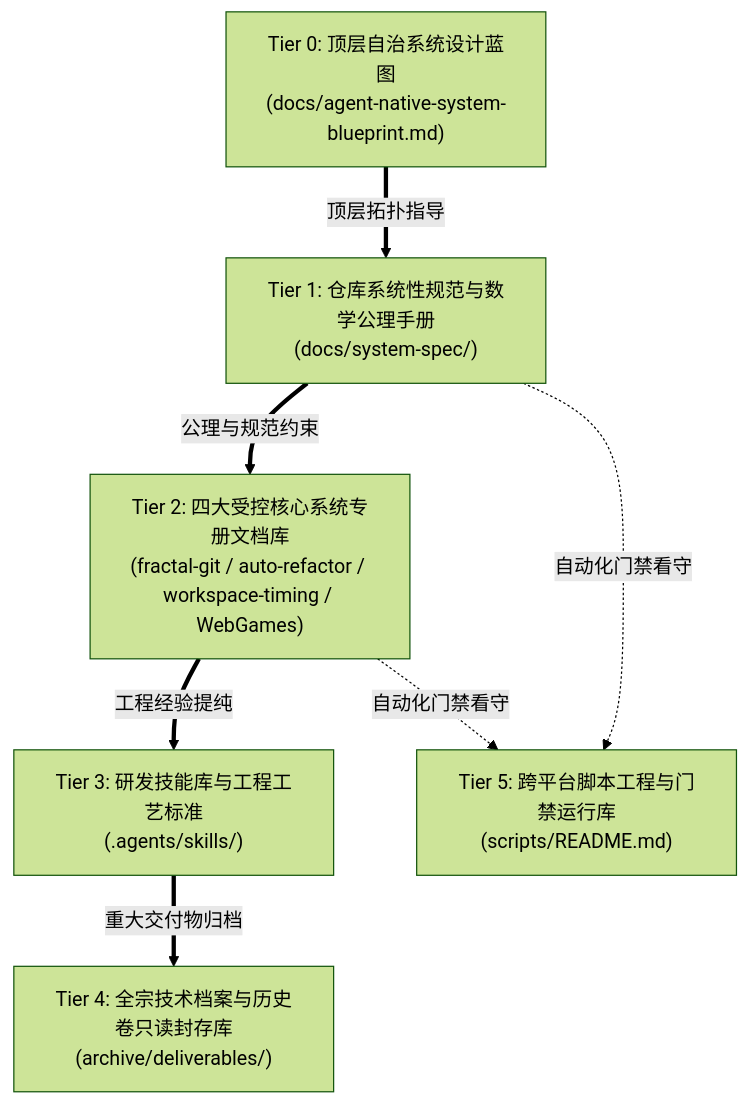
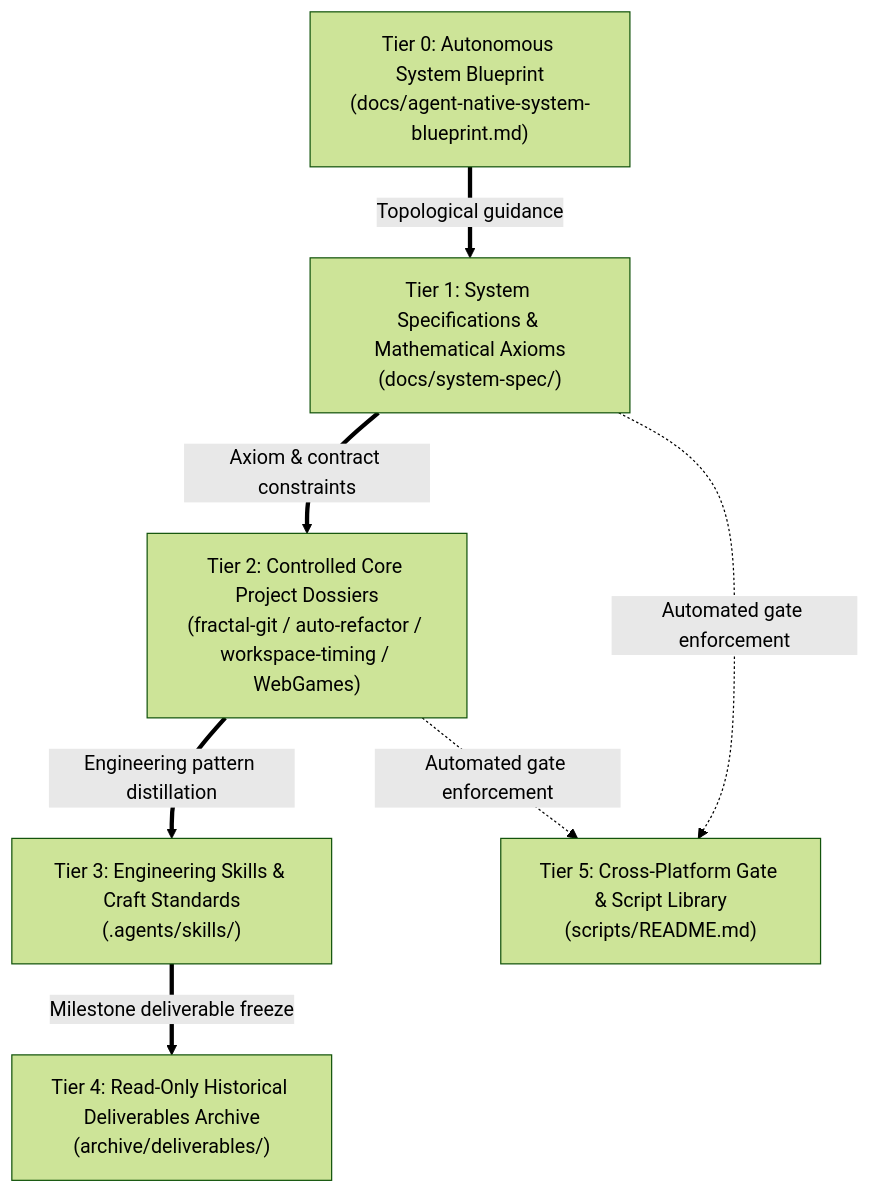
Before and after one commit to guilingzhouyi-creator/vscode-extensions: the diagram in docs/README.md, drawn with Mermaid (forest theme). The commit also changed other lines of this file and 6 other files, not shown here.

````diff
--- a/docs/README.md
+++ b/docs/README.md
@@ -12,16 +9,16 @@
 ```mermaid
 flowchart TD
-    Tier0["Tier 0: 顶层自治系统设计蓝图<br/>(docs/agent-native-system-blueprint.md)"]
-    Tier1["Tier 1: 仓库系统性规范与数学公理手册<br/>(docs/system-spec/)"]
-    Tier2["Tier 2: 四大受控核心系统专册文档库<br/>(fractal-git / auto-refactor / workspace-timing / WebGames)"]
-    Tier3["Tier 3: 研发技能库与工程工艺标准<br/>(.agents/skills/)"]
-    Tier4["Tier 4: 全宗技术档案与历史卷只读封存库<br/>(archive/deliverables/)"]
-    Tier5["Tier 5: 跨平台脚本工程与门禁运行库<br/>(scripts/README.md)"]
+    Tier0["Tier 0: Autonomous System Blueprint<br/>(docs/agent-native-system-blueprint.md)"]
+    Tier1["Tier 1: System Specifications & Mathematical Axioms<br/>(docs/system-spec/)"]
+    Tier2["Tier 2: Controlled Core Project Dossiers<br/>(fractal-git / auto-refactor / workspace-timing / WebGames)"]
+    Tier3["Tier 3: Engineering Skills & Craft Standards<br/>(.agents/skills/)"]
+    Tier4["Tier 4: Read-Only Historical Deliverables Archive<br/>(archive/deliverables/)"]
+    Tier5["Tier 5: Cross-Platform Gate & Script Library<br/>(scripts/README.md)"]
 
-    Tier0 ==>|"顶层拓扑指导"| Tier1
-    Tier1 ==>|"公理与规范约束"| Tier2
-    Tier2 ==>|"工程经验提纯"| Tier3
-    Tier3 ==>|"重大交付物归档"| Tier4
-    Tier1 -.->|"自动化门禁看守"| Tier5
-    Tier2 -.->|"自动化门禁看守"| Tier5
+    Tier0 ==>|"Topological guidance"| Tier1
+    Tier1 ==>|"Axiom & contract constraints"| Tier2
+    Tier2 ==>|"Engineering pattern distillation"| Tier3
+    Tier3 ==>|"Milestone deliverable freeze"| Tier4
+    Tier1 -.->|"Automated gate enforcement"| Tier5
+    Tier2 -.->|"Automated gate enforcement"| Tier5
 ```
````
